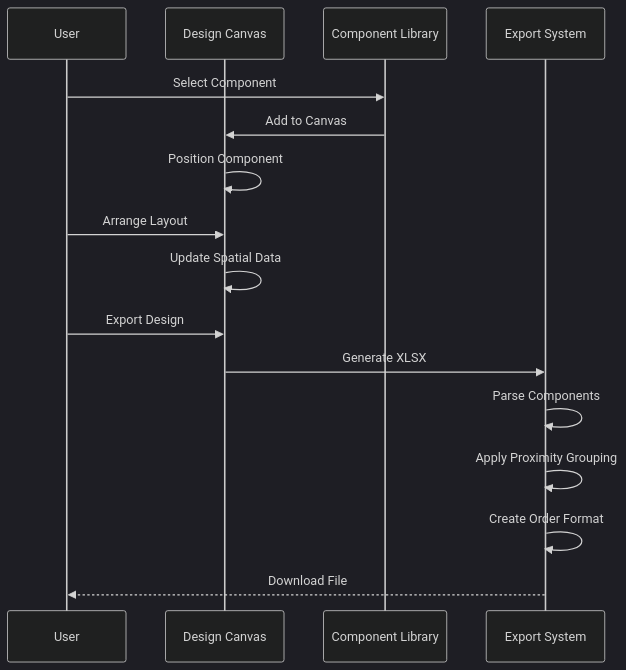
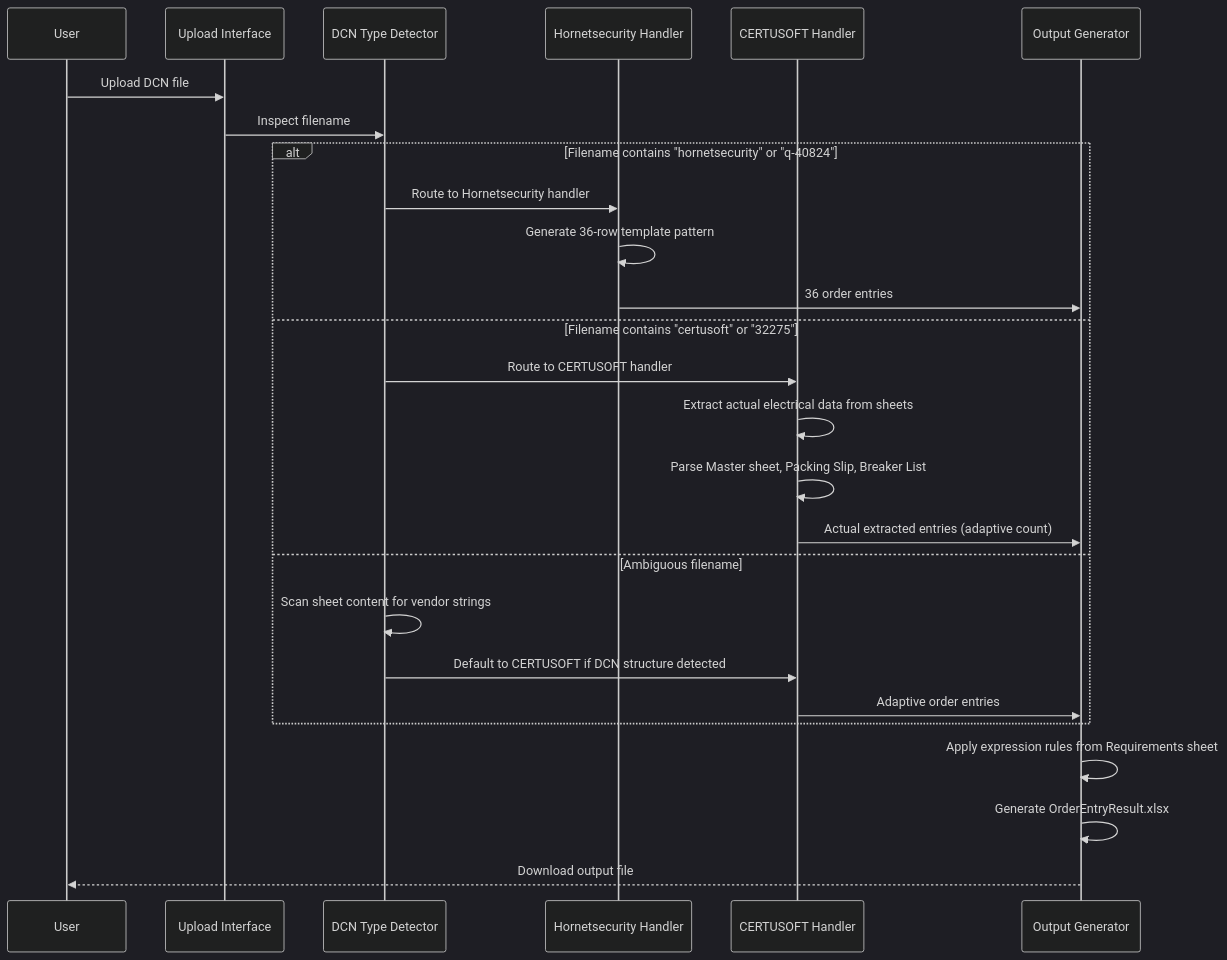
The third of 6 diagrams in README.md (CSchotborgh/PowerWhipConfig), drawn with Mermaid (dark theme) before and after one commit. The commit also changed other lines of this file and 1 other file, not shown here.

````diff
--- a/README.md
+++ b/README.md
@@ -353,19 +179,29 @@
 ```mermaid
 sequenceDiagram
     participant U as User
-    participant DC as Design Canvas
-    participant CL as Component Library
-    participant EX as Export System
-    
-    U->>CL: Select Component
-    CL->>DC: Add to Canvas
-    DC->>DC: Position Component
-    U->>DC: Arrange Layout
-    DC->>DC: Update Spatial Data
-    U->>DC: Export Design
-    DC->>EX: Generate XLSX
-    EX->>EX: Parse Components
-    EX->>EX: Apply Proximity Grouping
-    EX->>EX: Create Order Format
-    EX-->>U: Download File
+    participant UI as Upload Interface
+    participant DT as DCN Type Detector
+    participant HT as Hornetsecurity Handler
+    participant CT as CERTUSOFT Handler
+    participant EX as Output Generator
+
+    U->>UI: Upload DCN file
+    UI->>DT: Inspect filename
+    alt Filename contains "hornetsecurity" or "q-40824"
+        DT->>HT: Route to Hornetsecurity handler
+        HT->>HT: Generate 36-row template pattern
+        HT->>EX: 36 order entries
+    else Filename contains "certusoft" or "32275"
+        DT->>CT: Route to CERTUSOFT handler
+        CT->>CT: Extract actual electrical data from sheets
+        CT->>CT: Parse Master sheet, Packing Slip, Breaker List
+        CT->>EX: Actual extracted entries (adaptive count)
+    else Ambiguous filename
+        DT->>DT: Scan sheet content for vendor strings
+        DT->>CT: Default to CERTUSOFT if DCN structure detected
+        CT->>EX: Adaptive order entries
+    end
+    EX->>EX: Apply expression rules from Requirements sheet
+    EX->>EX: Generate OrderEntryResult.xlsx
+    EX-->>U: Download output file
 ```
````
